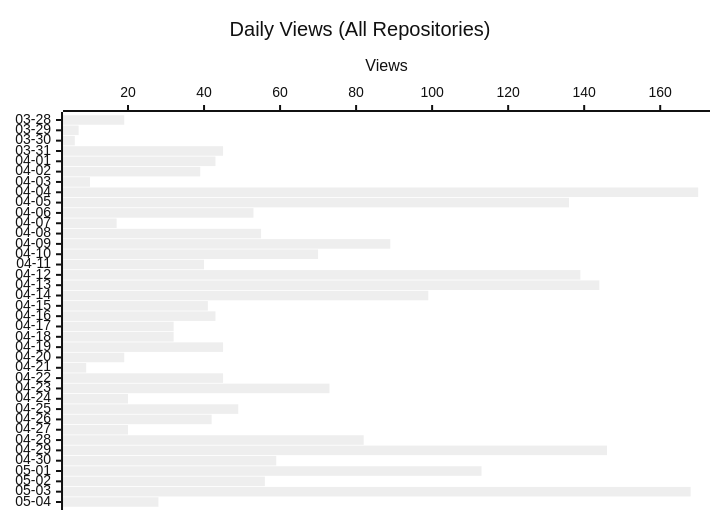
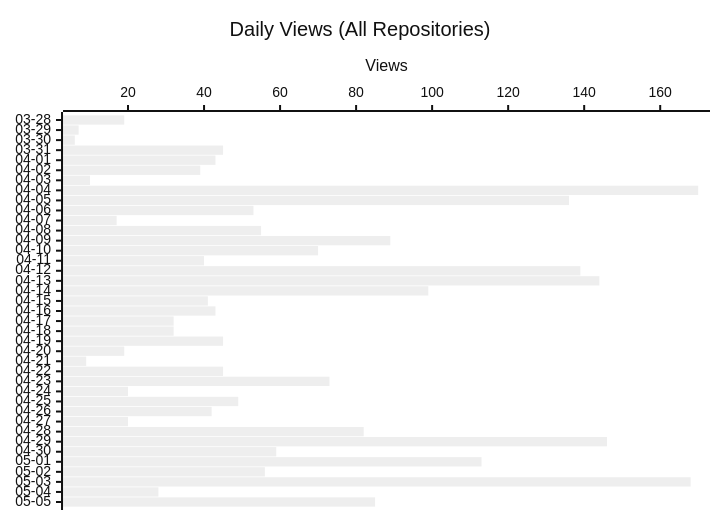
One commit to shigechika/github-insights changed the second of 3 diagrams in README.md. Above: the diagram before and after it, drawn with Mermaid (neutral theme). The commit also changed other lines of this file and 2 other files, not shown here.

````diff
--- a/README.md
+++ b/README.md
@@ -28,7 +28,7 @@
 ```mermaid
 xychart-beta horizontal
     title "Daily Views (All Repositories)"
-    x-axis ["03-28", "03-29", "03-30", "03-31", "04-01", "04-02", "04-03", "04-04", "04-05", "04-06", "04-07", "04-08", "04-09", "04-10", "04-11", "04-12", "04-13", "04-14", "04-15", "04-16", "04-17", "04-18", "04-19", "04-20", "04-21", "04-22", "04-23", "04-24", "04-25", "04-26", "04-27", "04-28", "04-29", "04-30", "05-01", "05-02", "05-03", "05-04"]
+    x-axis ["03-28", "03-29", "03-30", "03-31", "04-01", "04-02", "04-03", "04-04", "04-05", "04-06", "04-07", "04-08", "04-09", "04-10", "04-11", "04-12", "04-13", "04-14", "04-15", "04-16", "04-17", "04-18", "04-19", "04-20", "04-21", "04-22", "04-23", "04-24", "04-25", "04-26", "04-27", "04-28", "04-29", "04-30", "05-01", "05-02", "05-03", "05-04", "05-05"]
     y-axis "Views"
-    bar [19, 7, 6, 45, 43, 39, 10, 170, 136, 53, 17, 55, 89, 70, 40, 139, 144, 99, 41, 43, 32, 32, 45, 19, 9, 45, 73, 20, 49, 42, 20, 82, 146, 59, 113, 56, 168, 28]
+    bar [19, 7, 6, 45, 43, 39, 10, 170, 136, 53, 17, 55, 89, 70, 40, 139, 144, 99, 41, 43, 32, 32, 45, 19, 9, 45, 73, 20, 49, 42, 20, 82, 146, 59, 113, 56, 168, 28, 85]
 ```
````
